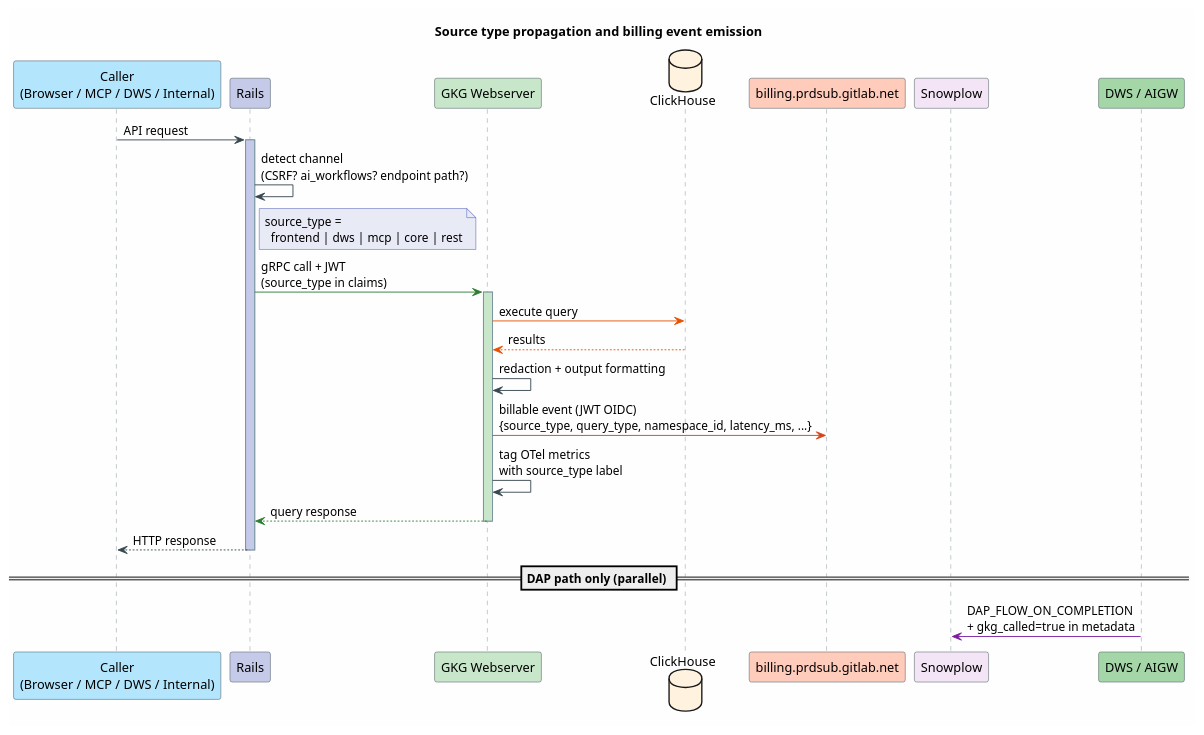
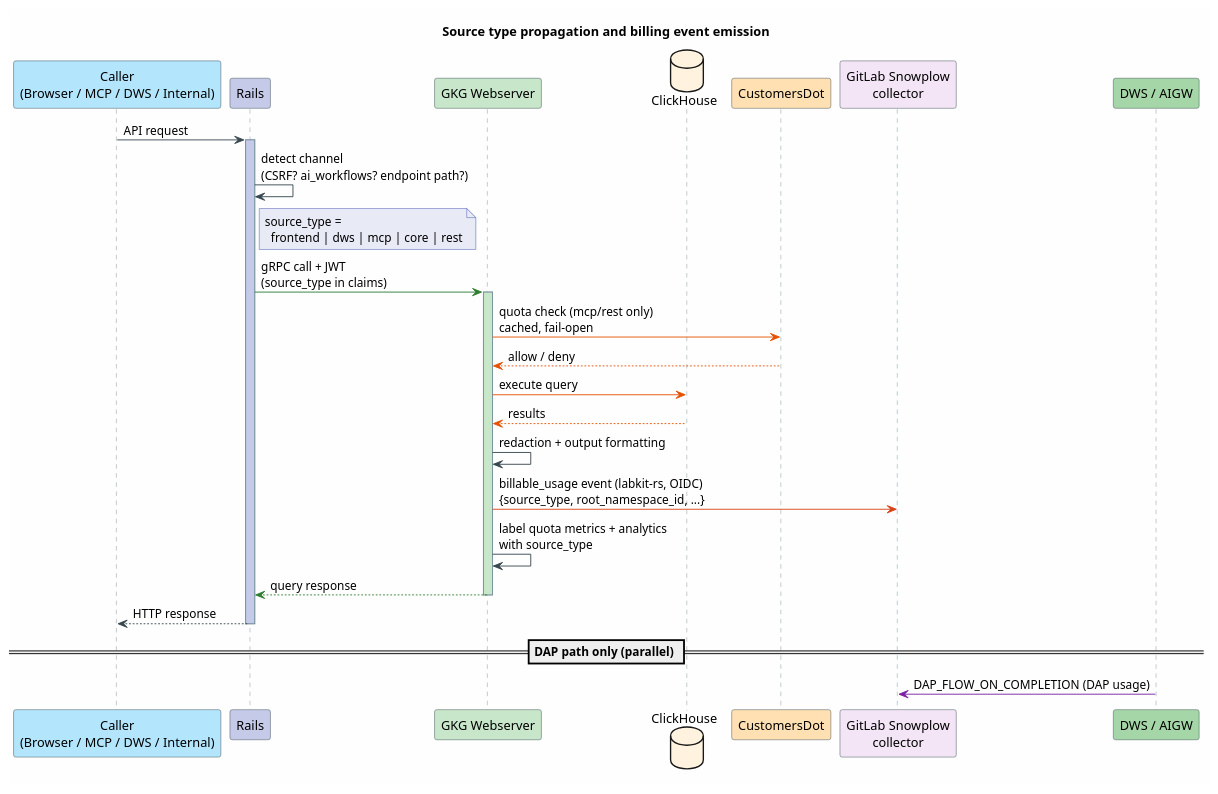
One commit to gitlabhq/orbit-knowledge-graph changed the second of 5 diagrams in docs/design-documents/decisions/007_monetization_engineering.md. Above: the diagram before and after it, drawn with PlantUML. The commit also changed other lines of this file, not shown here.

First line of the commit message:
docs(adr): align ADR 007 with as-built billing design

````diff
--- a/docs/design-documents/decisions/007_monetization_engineering.md
+++ b/docs/design-documents/decisions/007_monetization_engineering.md
@@ -160,56 +161,59 @@
 ```plantuml
 @startuml
 skinparam backgroundColor #FEFEFE
 skinparam participant {
   BorderColor #37474F
 }
 skinparam note {
   BackgroundColor #E8EAF6
   BorderColor #3949AB
 }
 skinparam sequence {
   ArrowColor #37474F
   LifeLineBorderColor #78909C
 }
 
 title Source type propagation and billing event emission
 
 participant "Caller\n(Browser / MCP / DWS / Internal)" as caller #B3E5FC
 participant "Rails" as rails #C5CAE9
 participant "GKG Webserver" as gkg #C8E6C9
 database "ClickHouse" as ch #FFF3E0
-participant "billing.prdsub.gitlab.net" as billing #FFCCBC
-participant "Snowplow" as snowplow #F3E5F5
+participant "CustomersDot" as cdot #FFE0B2
+participant "GitLab Snowplow\ncollector" as snowplow #F3E5F5
 
 caller -> rails : API request
 activate rails #C5CAE9
 
 rails -> rails : detect channel\n(CSRF? ai_workflows? endpoint path?)
 note right of rails
   source_type =
     frontend | dws | mcp | core | rest
 end note
 
 rails -[#2E7D32]> gkg : gRPC call + JWT\n(source_type in claims)
 activate gkg #C8E6C9
 
+gkg -[#E65100]> cdot : quota check (mcp/rest only)\ncached, fail-open
+cdot --[#E65100]> gkg : allow / deny
+
 gkg -[#E65100]> ch : execute query
 ch --[#E65100]> gkg : results
 
 gkg -> gkg : redaction + output formatting
-gkg -[#D84315]> billing : billable event (JWT OIDC)\n{source_type, query_type, namespace_id, latency_ms, ...}
-gkg -> gkg : tag OTel metrics\nwith source_type label
+gkg -[#D84315]> snowplow : billable_usage event (labkit-rs, OIDC)\n{source_type, root_namespace_id, ...}
+gkg -> gkg : label quota metrics + analytics\nwith source_type
 
 gkg --[#2E7D32]> rails : query response
 deactivate gkg
 
 rails --> caller : HTTP response
 deactivate rails
 
 == DAP path only (parallel) ==
 
 participant "DWS / AIGW" as dws #A5D6A7
-dws -[#7B1FA2]> snowplow : DAP_FLOW_ON_COMPLETION\n+ gkg_called=true in metadata
+dws -[#7B1FA2]> snowplow : DAP_FLOW_ON_COMPLETION (DAP usage)
 
 @enduml
 ```
````
